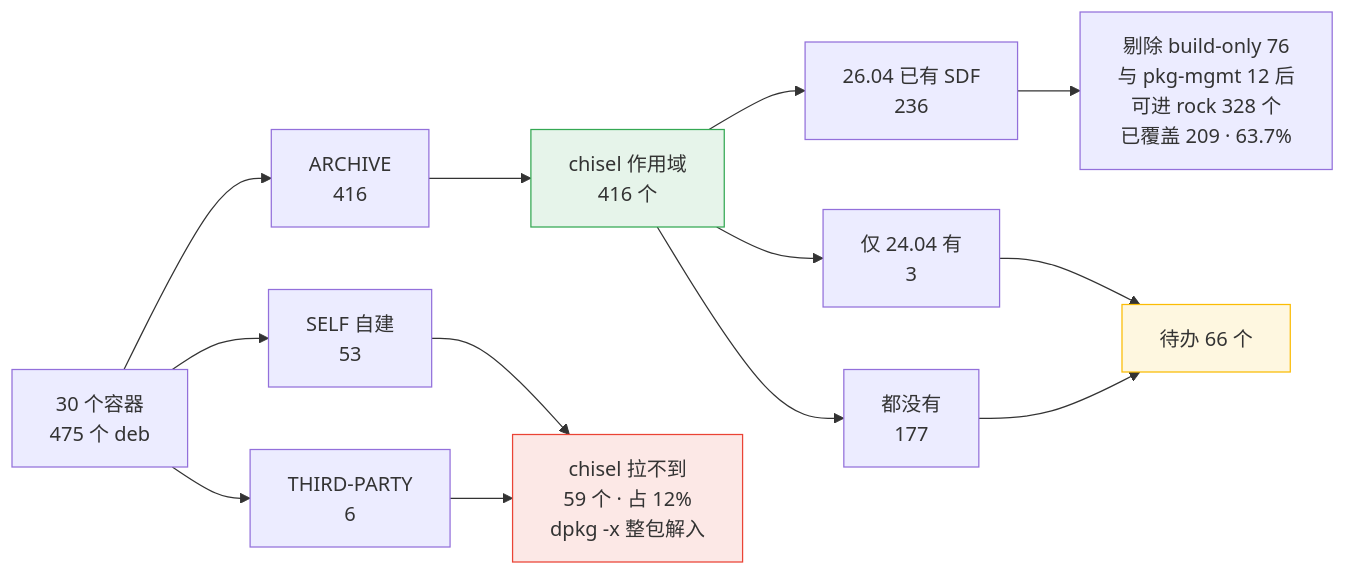
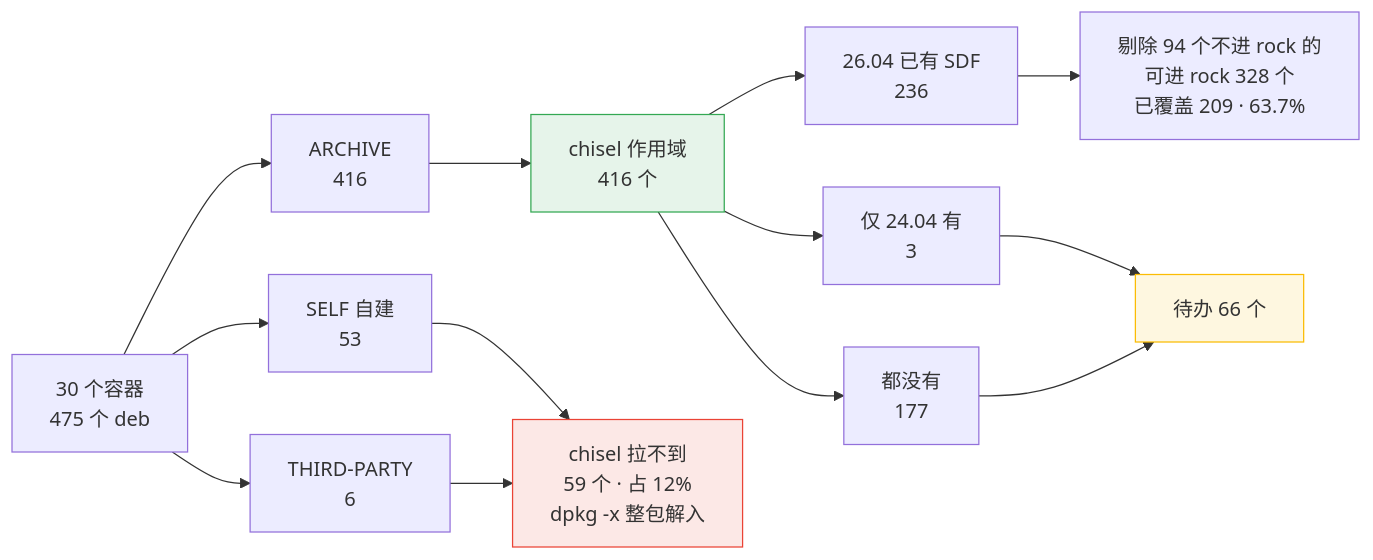
The second of 3 diagrams in docs/superpowers/2026-09-21-resolute-sonic-chisel-blueprint-zh.md (canonical/sonic-buildimage), drawn with Mermaid before and after one commit. The commit also changed other lines of this file and 1 other file, not shown here.

````diff
--- a/docs/superpowers/2026-09-21-resolute-sonic-chisel-blueprint-zh.md
+++ b/docs/superpowers/2026-09-21-resolute-sonic-chisel-blueprint-zh.md
@@ -69,19 +69,19 @@
 ```mermaid
 graph LR
     A["30 个容器<br/>475 个 deb"]
     A --> R1["ARCHIVE<br/>416"]
     A --> R3["SELF 自建<br/>53"]
     A --> R4["THIRD-PARTY<br/>6"]
     R1 --> S["chisel 作用域<br/>416 个"]
     R3 --> X["chisel 拉不到<br/>59 个 · 占 12%<br/>dpkg -x 整包解入"]
     R4 --> X
     S --> S1["26.04 已有 SDF<br/>236"]
     S --> S2["仅 24.04 有<br/>3"]
     S --> S3["都没有<br/>177"]
-    S1 --> Y["剔除 build-only 76<br/>与 pkg-mgmt 12 后<br/>可进 rock 328 个<br/>已覆盖 209 · 63.7%"]
+    S1 --> Y["剔除 94 个不进 rock 的<br/>可进 rock 328 个<br/>已覆盖 209 · 63.7%"]
     S2 --> Z["待办 66 个"]
     S3 --> Z
     style S fill:#e6f4ea,stroke:#34a853
     style X fill:#fce8e6,stroke:#ea4335
     style Z fill:#fef7e0,stroke:#fbbc04
 ```
````
